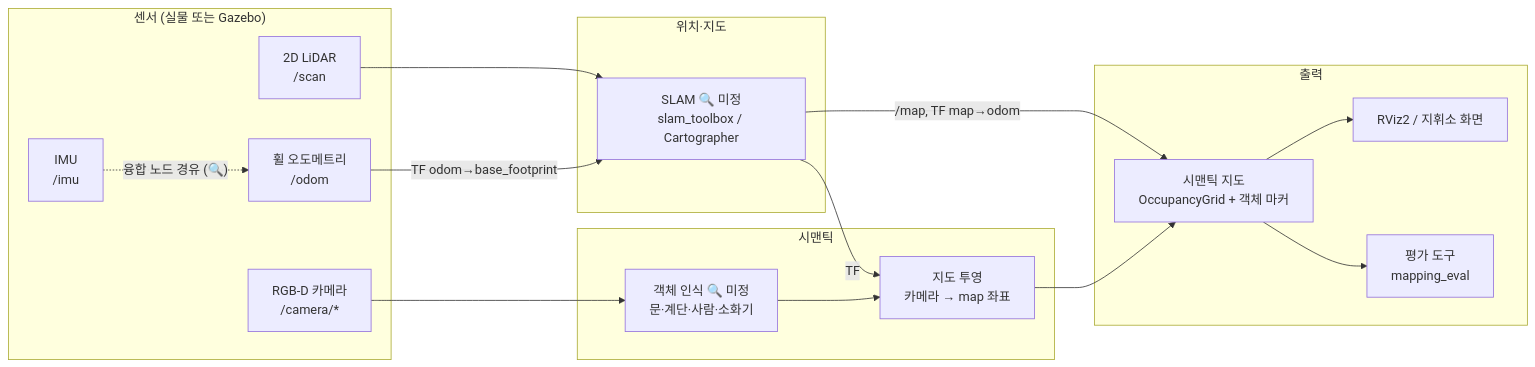
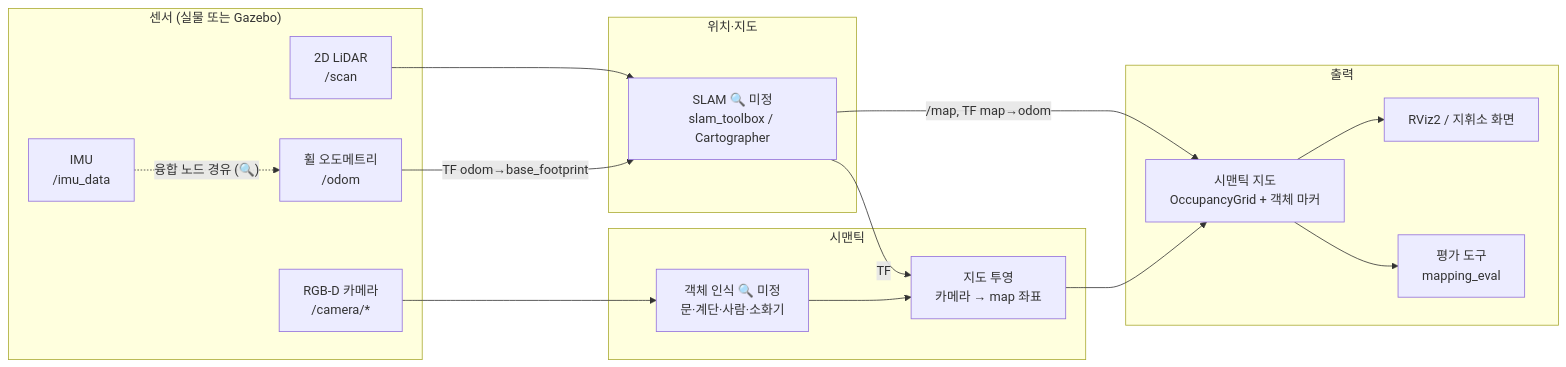
One commit to find-door/find-door changed the diagram in docs/architecture.md. Above: the diagram before and after it, drawn with Mermaid. The commit also changed other lines of this file and 11 other files, not shown here.

````diff
--- a/docs/architecture.md
+++ b/docs/architecture.md
@@ -16,33 +16,33 @@
 ```mermaid
 flowchart LR
   subgraph Sensors["센서 (실물 또는 Gazebo)"]
     L["2D LiDAR<br>/scan"]
     O["휠 오도메트리<br>/odom"]
-    I["IMU<br>/imu"]
+    I["IMU<br>/imu_data"]
     C["RGB-D 카메라<br>/camera/*"]
   end
 
   subgraph Localization["위치·지도"]
     S["SLAM 🔍 미정<br>slam_toolbox / Cartographer"]
   end
 
   subgraph Semantic["시맨틱"]
     D["객체 인식 🔍 미정<br>문·계단·사람·소화기"]
     P["지도 투영<br>카메라 → map 좌표"]
   end
 
   subgraph Output["출력"]
     M["시맨틱 지도<br>OccupancyGrid + 객체 마커"]
     R["RViz2 / 지휘소 화면"]
     E["평가 도구<br>mapping_eval"]
   end
 
   L --> S
   O -->|TF odom→base_footprint| S
   I -.->|"융합 노드 경유 (🔍)"| O
   S -->|/map, TF map→odom| M
   C --> D --> P --> M
   S -->|TF| P
   M --> R
   M --> E
 ```
````
